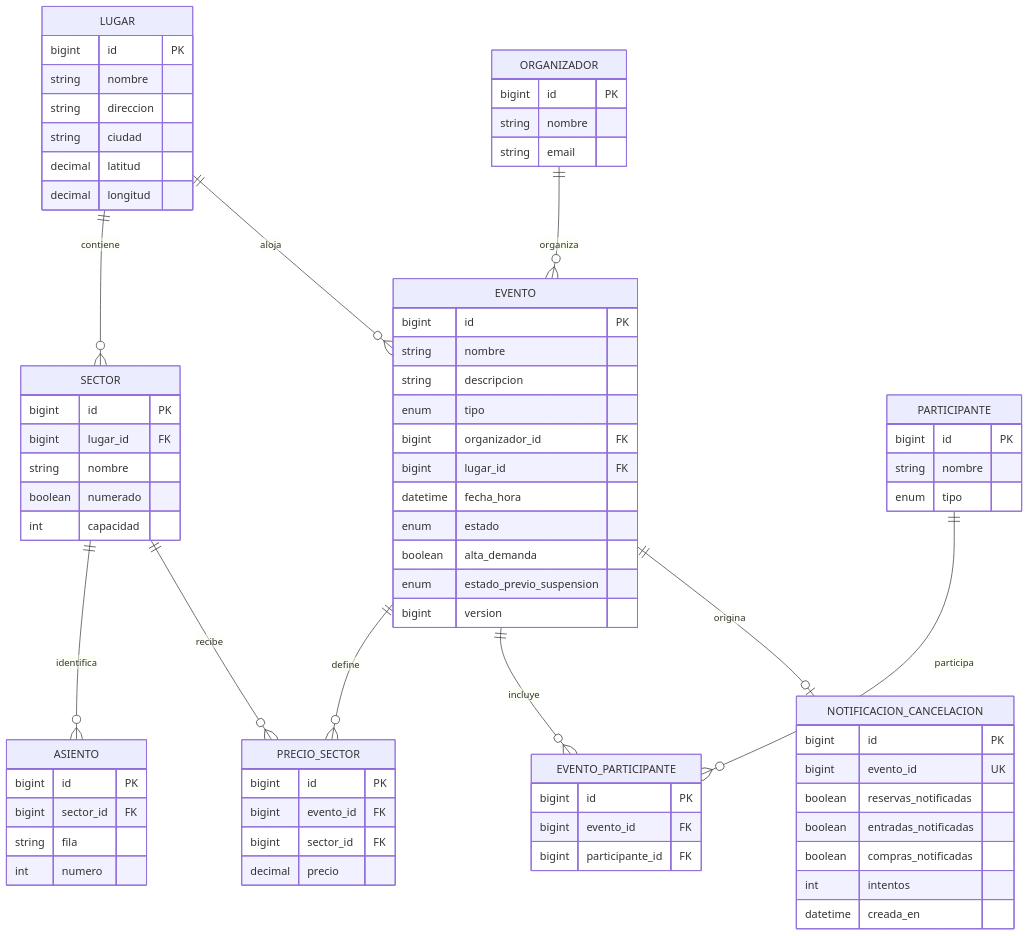
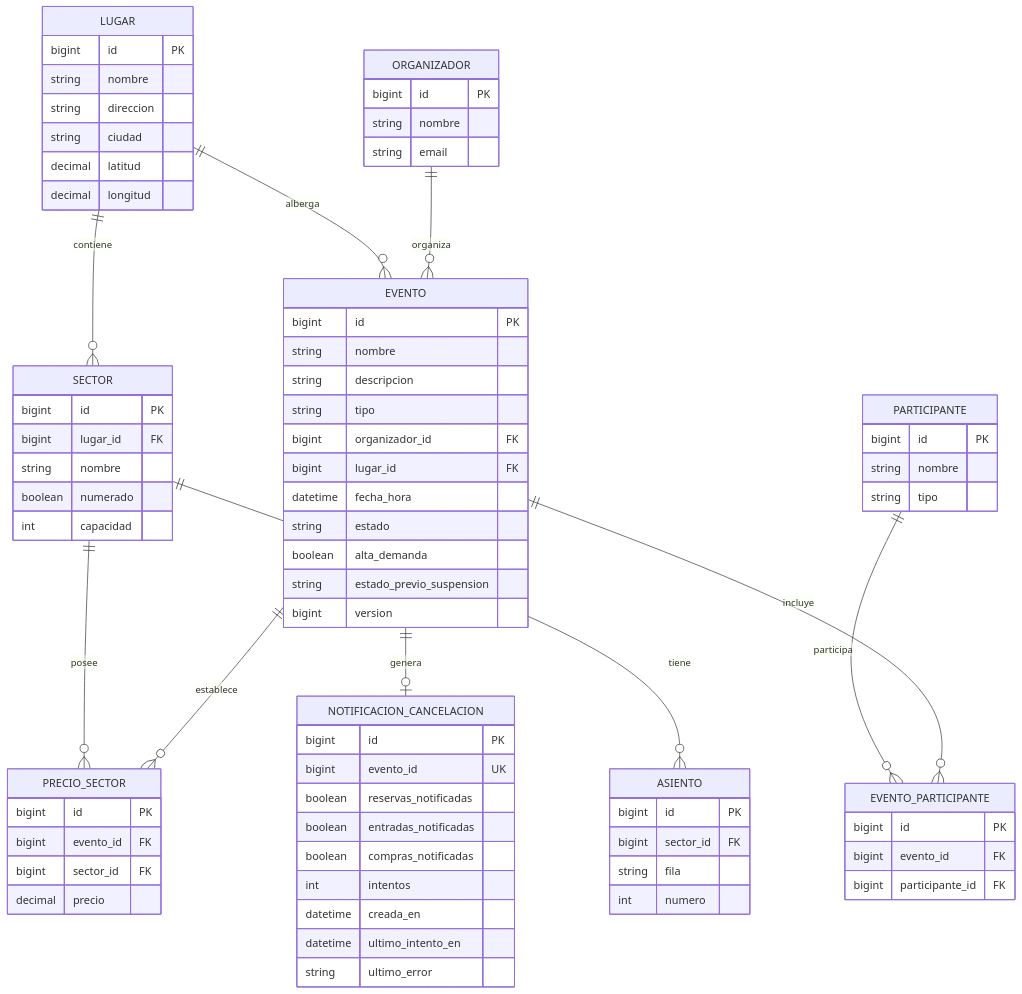
Before and after one commit to LuliDiNucci/arquitecturasGrupo12: the diagram in TPE-micro1/msvc-eventosylugares/docs/03-MODELO-DE-DATOS.md, drawn with Mermaid. The commit also changed other lines of this file and 41 other files, not shown here.

````diff
--- a/TPE-micro1/msvc-eventosylugares/docs/03-MODELO-DE-DATOS.md
+++ b/TPE-micro1/msvc-eventosylugares/docs/03-MODELO-DE-DATOS.md
@@ -5,76 +13,87 @@
 ```mermaid
 erDiagram
-  LUGAR ||--o{ SECTOR : contiene
-  SECTOR ||--o{ ASIENTO : identifica
-  ORGANIZADOR ||--o{ EVENTO : organiza
-  LUGAR ||--o{ EVENTO : aloja
-  EVENTO ||--o{ PRECIO_SECTOR : define
-  SECTOR ||--o{ PRECIO_SECTOR : recibe
-  EVENTO ||--o{ EVENTO_PARTICIPANTE : incluye
-  PARTICIPANTE ||--o{ EVENTO_PARTICIPANTE : participa
-  EVENTO ||--o| NOTIFICACION_CANCELACION : origina
-  LUGAR {
-    bigint id PK
-    string nombre
-    string direccion
-    string ciudad
-    decimal latitud
-    decimal longitud
-  }
-  SECTOR {
-    bigint id PK
-    bigint lugar_id FK
-    string nombre
-    boolean numerado
-    int capacidad
-  }
-  ASIENTO {
-    bigint id PK
-    bigint sector_id FK
-    string fila
-    int numero
-  }
-  ORGANIZADOR {
-    bigint id PK
-    string nombre
-    string email
-  }
-  PARTICIPANTE {
-    bigint id PK
-    string nombre
-    enum tipo
-  }
-  EVENTO {
-    bigint id PK
-    string nombre
-    string descripcion
-    enum tipo
-    bigint organizador_id FK
-    bigint lugar_id FK
-    datetime fecha_hora
-    enum estado
-    boolean alta_demanda
-    enum estado_previo_suspension
-    bigint version
-  }
-  PRECIO_SECTOR {
-    bigint id PK
-    bigint evento_id FK
-    bigint sector_id FK
-    decimal precio
-  }
-  EVENTO_PARTICIPANTE {
-    bigint id PK
-    bigint evento_id FK
-    bigint participante_id FK
-  }
-  NOTIFICACION_CANCELACION {
-    bigint id PK
-    bigint evento_id UK
-    boolean reservas_notificadas
-    boolean entradas_notificadas
-    boolean compras_notificadas
-    int intentos
-    datetime creada_en
-  }
+    ORGANIZADOR ||--o{ EVENTO : organiza
+    LUGAR ||--o{ EVENTO : alberga
+    LUGAR ||--o{ SECTOR : contiene
+    SECTOR ||--o{ ASIENTO : tiene
+    EVENTO ||--o{ PRECIO_SECTOR : establece
+    SECTOR ||--o{ PRECIO_SECTOR : posee
+    EVENTO ||--o{ EVENTO_PARTICIPANTE : incluye
+    PARTICIPANTE ||--o{ EVENTO_PARTICIPANTE : participa
+    EVENTO ||--o| NOTIFICACION_CANCELACION : genera
+
+    ORGANIZADOR {
+        bigint id PK
+        string nombre
+        string email
+    }
+
+    LUGAR {
+        bigint id PK
+        string nombre
+        string direccion
+        string ciudad
+        decimal latitud
+        decimal longitud
+    }
+
+    EVENTO {
+        bigint id PK
+        string nombre
+        string descripcion
+        string tipo
+        bigint organizador_id FK
+        bigint lugar_id FK
+        datetime fecha_hora
+        string estado
+        boolean alta_demanda
+        string estado_previo_suspension
+        bigint version
+    }
+
+    SECTOR {
+        bigint id PK
+        bigint lugar_id FK
+        string nombre
+        boolean numerado
+        int capacidad
+    }
+
+    ASIENTO {
+        bigint id PK
+        bigint sector_id FK
+        string fila
+        int numero
+    }
+
+    PRECIO_SECTOR {
+        bigint id PK
+        bigint evento_id FK
+        bigint sector_id FK
+        decimal precio
+    }
+
+    PARTICIPANTE {
+        bigint id PK
+        string nombre
+        string tipo
+    }
+
+    EVENTO_PARTICIPANTE {
+        bigint id PK
+        bigint evento_id FK
+        bigint participante_id FK
+    }
+
+    NOTIFICACION_CANCELACION {
+        bigint id PK
+        bigint evento_id UK
+        boolean reservas_notificadas
+        boolean entradas_notificadas
+        boolean compras_notificadas
+        int intentos
+        datetime creada_en
+        datetime ultimo_intento_en
+        string ultimo_error
+    }
 ```
````
